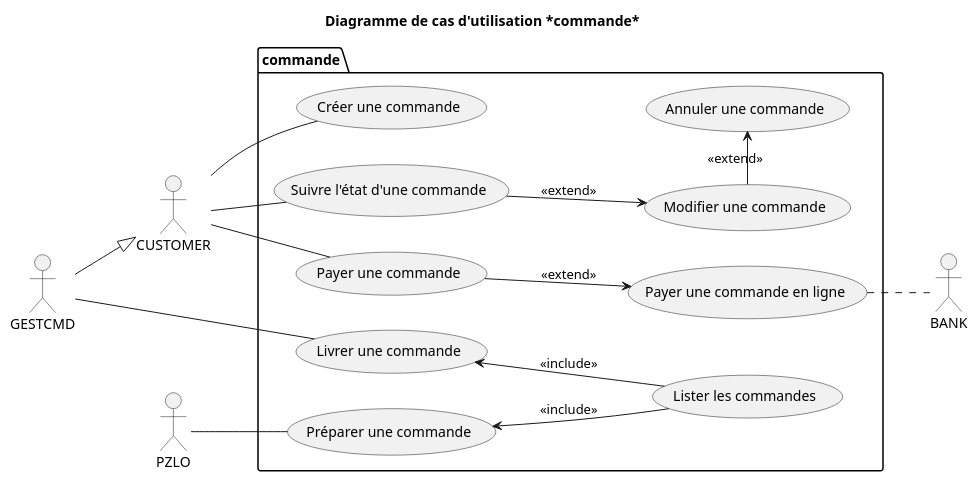
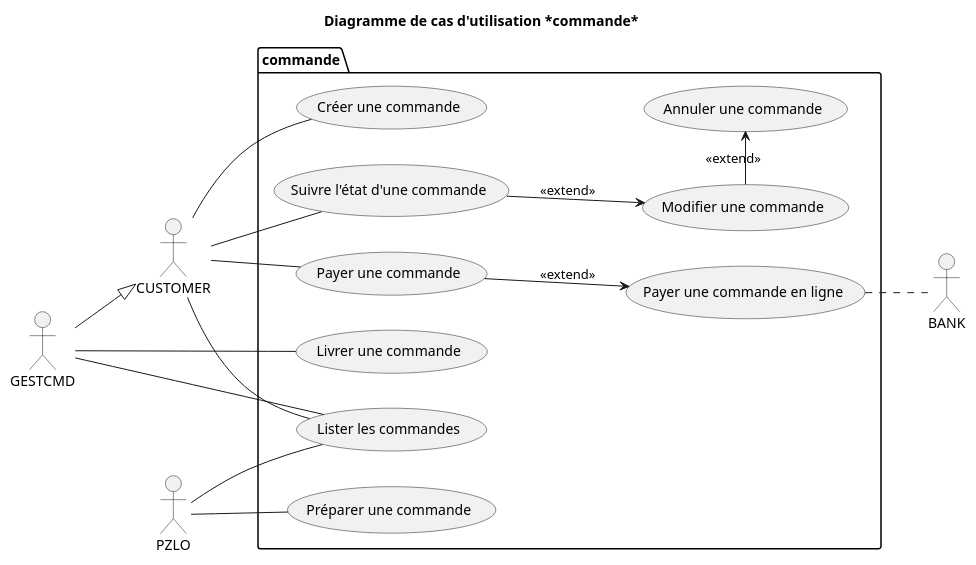
The diagram in doc/uml/03_commande.puml (Zepmanbc/oc_dapython_pr4), drawn with PlantUML before and after one commit. The commit also changed 7 other files, not shown here.

```diff
--- a/doc/uml/03_commande.puml
+++ b/doc/uml/03_commande.puml
@@ -1,38 +1,39 @@
 @startuml 03_commande
 title Diagramme de cas d'utilisation *commande*
 
 ' actor Gestionnaire_de_commande as GESTCMD
 ' actor Client as CUSTOMER
 ' actor Gestionnaire_de_stock as GESTSTOCK
 ' actor Pizzaiolo as PZLO
 ' actor Responsable as BOSS
 ' actor Banque <<system>> as BANK
 
 package commande{
     left to right direction
     (Créer une commande) as CREATE_CMD
     (Préparer une commande) as MAKE_CMD
     (Livrer une commande) as DELIVER_CMD
     (Modifier une commande) as MODIFY_CMD
     (Suivre l'état d'une commande) as FOLLOW_CMD
     (Payer une commande) as PAY_CMD
     (Payer une commande en ligne) as PAY_ONLINE_CMD
     (Annuler une commande) as CANCEL_CMD
     (Lister les commandes) AS LIST_CMD
 }
 
 CUSTOMER -- CREATE_CMD
 PZLO -- MAKE_CMD
 GESTCMD -- DELIVER_CMD
-MAKE_CMD <-- LIST_CMD: <<include>>
-DELIVER_CMD <-- LIST_CMD: <<include>>
+GESTCMD -- LIST_CMD
+PZLO -- LIST_CMD
+CUSTOMER -- LIST_CMD
 CUSTOMER -- FOLLOW_CMD
 FOLLOW_CMD --> MODIFY_CMD: <<extend>>
 MODIFY_CMD -> CANCEL_CMD: <<extend>>
 CUSTOMER -- PAY_CMD
 PAY_CMD --> PAY_ONLINE_CMD: <<extend>>
 PAY_ONLINE_CMD .. BANK
 GESTCMD --|> CUSTOMER
 
 
 @enduml
```
